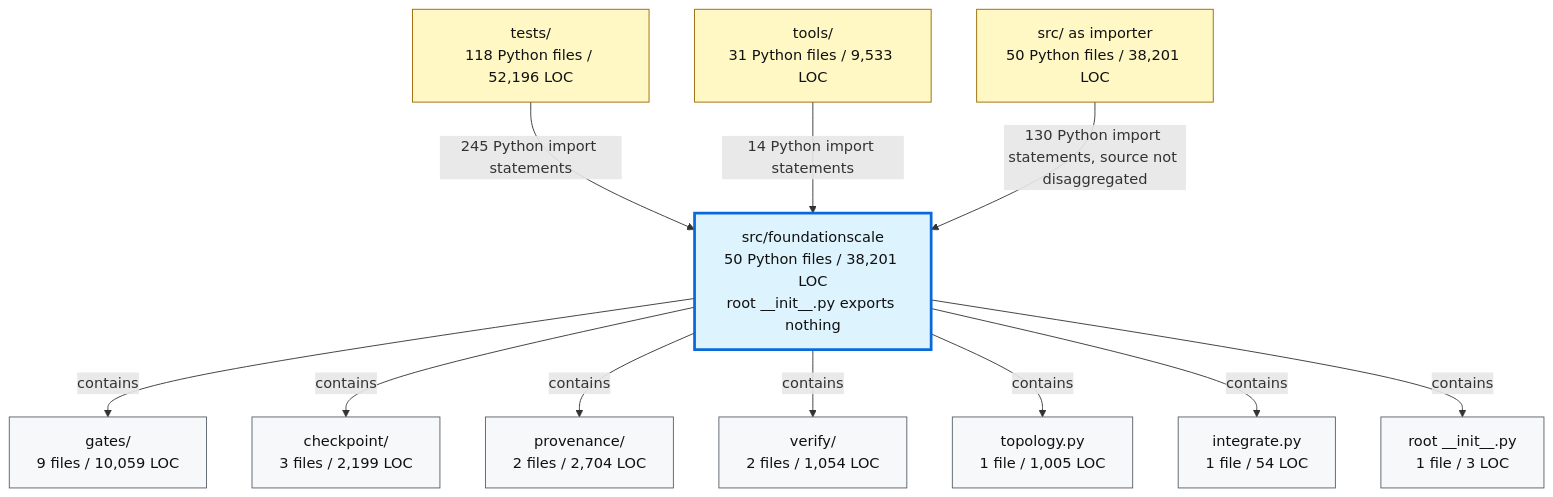
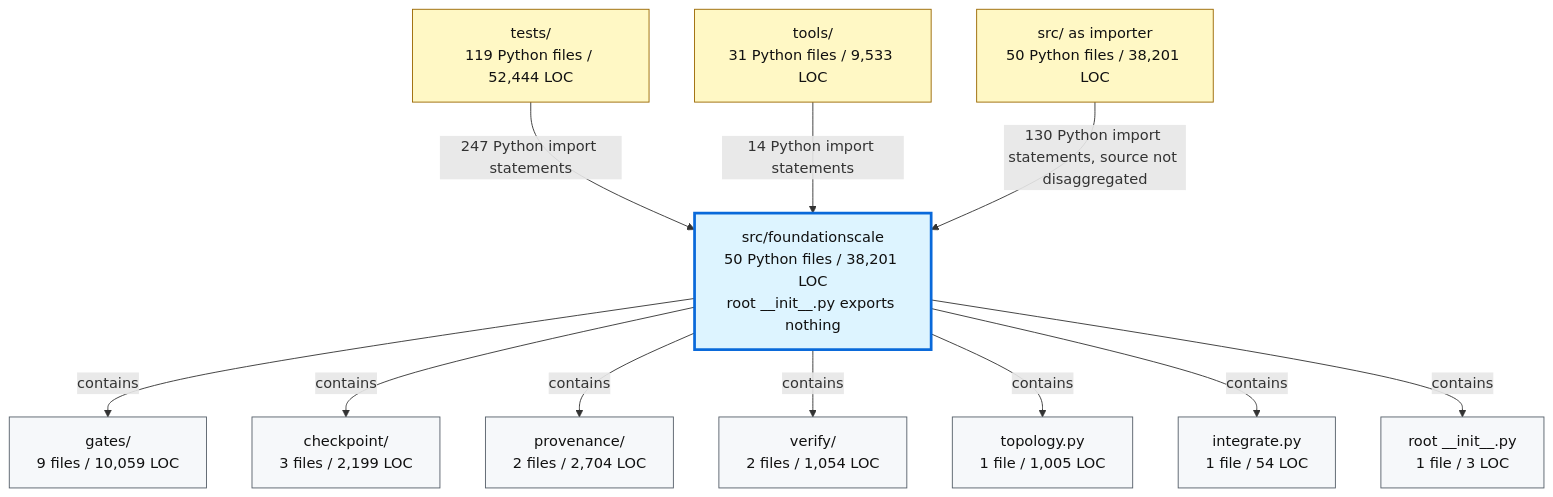
Before and after one commit to TranNhiem/FoundationScale: the second of 2 diagrams in docs/review/D2_current_architecture.md, drawn with Mermaid. The commit also changed 11 other files, not shown here.

````diff
--- a/docs/review/D2_current_architecture.md
+++ b/docs/review/D2_current_architecture.md
@@ -97,36 +97,36 @@
 ```mermaid
 flowchart TB
-  TESTS["tests/<br/>118 Python files / 52,196 LOC"]
+  TESTS["tests/<br/>119 Python files / 52,444 LOC"]
   TOOLS["tools/<br/>31 Python files / 9,533 LOC"]
   SRC["src/ as importer<br/>50 Python files / 38,201 LOC"]
 
   FS["src/foundationscale<br/>50 Python files / 38,201 LOC<br/>root __init__.py exports nothing"]
 
   GATES["gates/<br/>9 files / 10,059 LOC"]
   CKPT["checkpoint/<br/>3 files / 2,199 LOC"]
   PROV["provenance/<br/>2 files / 2,704 LOC"]
   VERIFY["verify/<br/>2 files / 1,054 LOC"]
   TOPO["topology.py<br/>1 file / 1,005 LOC"]
   INTEG["integrate.py<br/>1 file / 54 LOC"]
   ROOT["root __init__.py<br/>1 file / 3 LOC"]
 
-  TESTS -->|"245 Python import statements"| FS
+  TESTS -->|"247 Python import statements"| FS
   TOOLS -->|"14 Python import statements"| FS
   SRC -->|"130 Python import statements, source not disaggregated"| FS
 
   FS -->|"contains"| GATES
   FS -->|"contains"| CKPT
   FS -->|"contains"| PROV
   FS -->|"contains"| VERIFY
   FS -->|"contains"| TOPO
   FS -->|"contains"| INTEG
   FS -->|"contains"| ROOT
 
   classDef consumer fill:#fff8c5,stroke:#9a6700,color:#111;
   classDef package fill:#ddf4ff,stroke:#0969da,stroke-width:3px,color:#111;
   classDef module fill:#f6f8fa,stroke:#57606a,color:#111;
 
   class TESTS,TOOLS,SRC consumer;
   class FS package;
   class GATES,CKPT,PROV,VERIFY,TOPO,INTEG,ROOT module;
 ```
````
